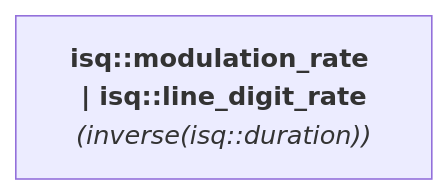
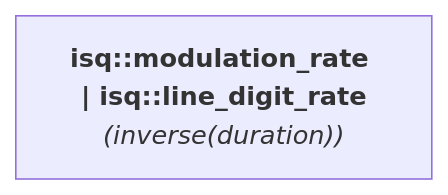
One commit to mpusz/mp-units changed the diagram in docs/reference/systems_reference/hierarchies/modulation_rate.md. Above: the diagram before and after it, drawn with Mermaid. The commit also changed 3 other files, not shown here.

````diff
--- a/docs/reference/systems_reference/hierarchies/modulation_rate.md
+++ b/docs/reference/systems_reference/hierarchies/modulation_rate.md
@@ -8,4 +8,4 @@
 ```mermaid
 flowchart LR
-    isq_modulation_rate["<b><a href="../../systems/isq/#modulation_rate" style="color: var(--md-mermaid-label-fg-color); text-decoration: none;">isq::modulation_rate</a> | <a href="../../systems/isq/#line_digit_rate" style="color: var(--md-mermaid-label-fg-color); text-decoration: none;">isq::line_digit_rate</a></b><br><i>(inverse(isq::<a href="../../systems/isq/#duration" style="color: var(--md-mermaid-label-fg-color); text-decoration: none;">duration</a>))</i>"]
+    isq_modulation_rate["<b><a href="../../systems/isq/#modulation_rate" style="color: var(--md-mermaid-label-fg-color); text-decoration: none;">isq::modulation_rate</a> | <a href="../../systems/isq/#line_digit_rate" style="color: var(--md-mermaid-label-fg-color); text-decoration: none;">isq::line_digit_rate</a></b><br><i>(inverse(<a href="../../systems/isq/#duration" style="color: var(--md-mermaid-label-fg-color); text-decoration: none;">duration</a>))</i>"]
 ```
````
